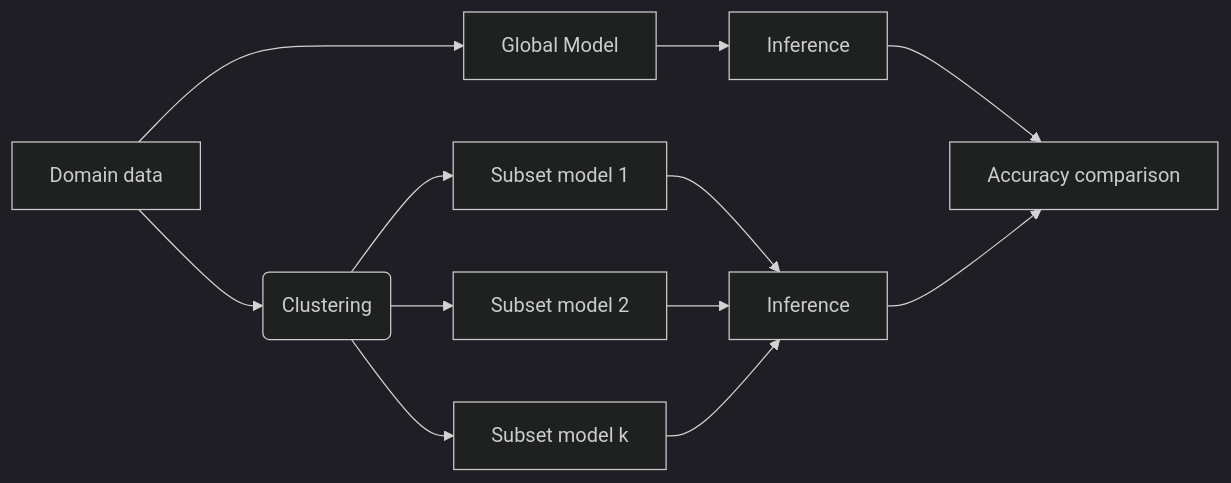
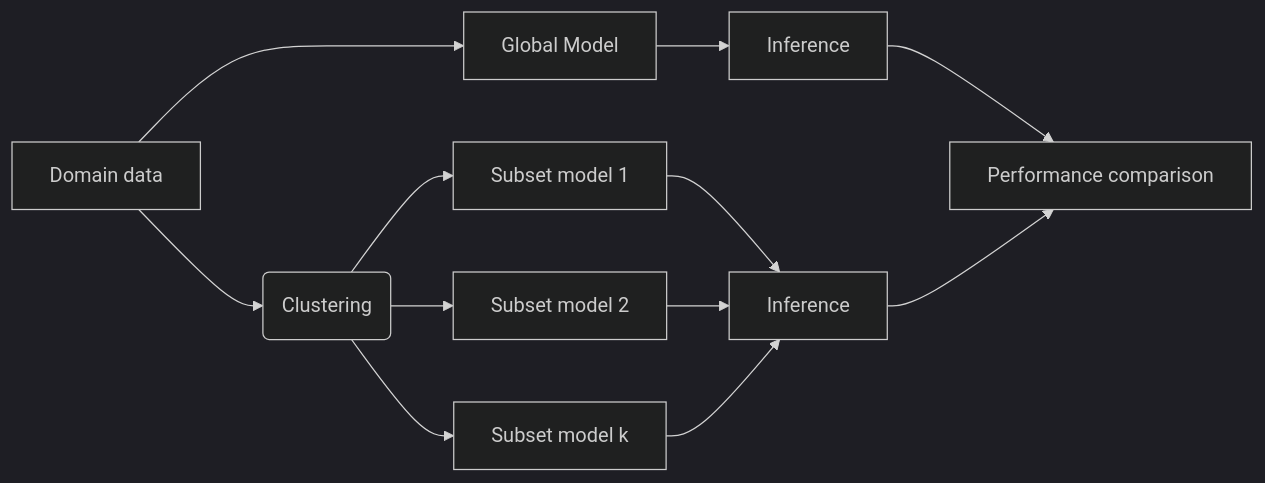
The diagram in presentations/sigmod2025_paper_project.qmd (rfsaldanha/dengue), drawn with Mermaid (dark theme) before and after one commit. The commit also changed other lines of this file and 3 other files, not shown here.

````diff
--- a/presentations/sigmod2025_paper_project.qmd
+++ b/presentations/sigmod2025_paper_project.qmd
@@ -54,14 +54,14 @@
 ```{mermaid}
 flowchart LR
 A[Domain data] --> G[Global Model]
 A --> C(Clustering)
 C --> K1[Subset model 1]
 C --> K2[Subset model 2]
 C --> Kn[Subset model k]
 G --> P1[Inference]
 K1 --> P2[Inference]
 K2 --> P2
 Kn --> P2
-P1 --> AC[Accuracy comparison]
+P1 --> AC[Performance comparison]
 P2 --> AC
 ```
````
